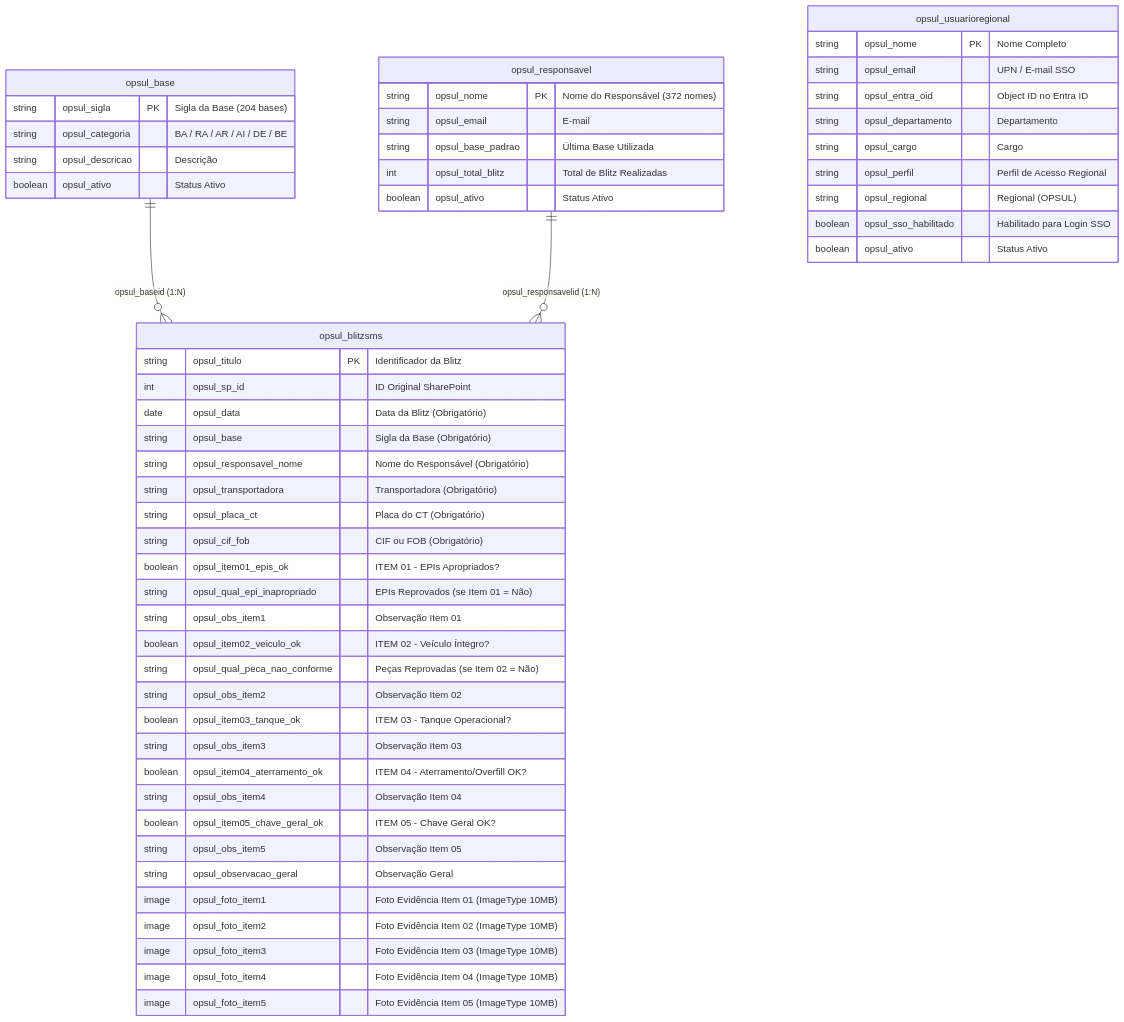
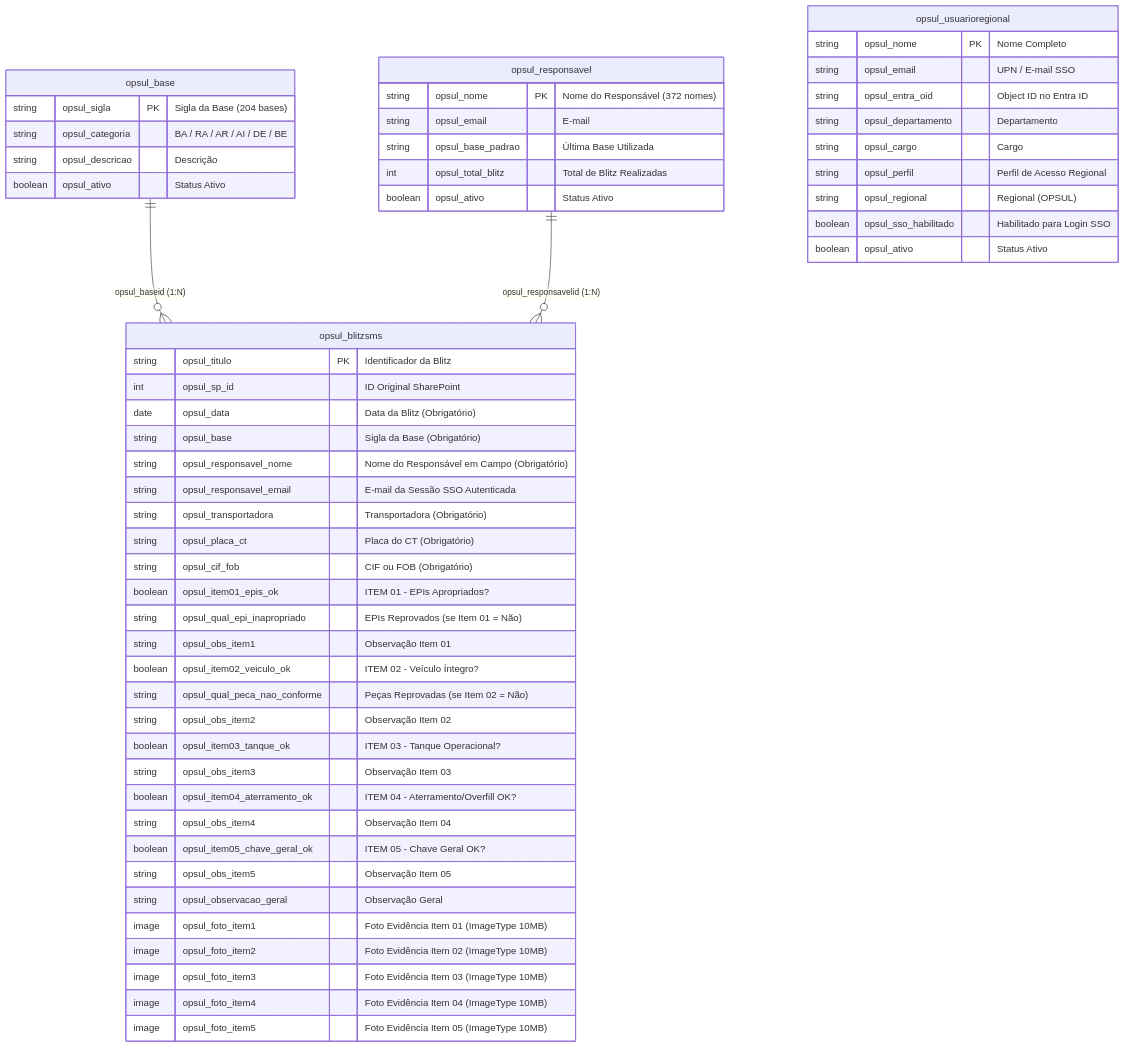
Before and after one commit to CRISTIANCARLOS/vibra-oper-opsul-blitz-sms: the diagram in docs/ARQUITETURA_E_MODELO_RELACIONAL.md, drawn with Mermaid. The commit also changed other lines of this file and 3 other files, not shown here.

````diff
--- a/docs/ARQUITETURA_E_MODELO_RELACIONAL.md
+++ b/docs/ARQUITETURA_E_MODELO_RELACIONAL.md
@@ -13,57 +13,58 @@
 ```mermaid
 erDiagram
     opsul_base ||--o{ opsul_blitzsms : "opsul_baseid (1:N)"
     opsul_responsavel ||--o{ opsul_blitzsms : "opsul_responsavelid (1:N)"
     opsul_usuarioregional {
         string opsul_nome PK "Nome Completo"
         string opsul_email "UPN / E-mail SSO"
         string opsul_entra_oid "Object ID no Entra ID"
         string opsul_departamento "Departamento"
         string opsul_cargo "Cargo"
         string opsul_perfil "Perfil de Acesso Regional"
         string opsul_regional "Regional (OPSUL)"
         boolean opsul_sso_habilitado "Habilitado para Login SSO"
         boolean opsul_ativo "Status Ativo"
     }
     opsul_base {
         string opsul_sigla PK "Sigla da Base (204 bases)"
         string opsul_categoria "BA / RA / AR / AI / DE / BE"
         string opsul_descricao "Descrição"
         boolean opsul_ativo "Status Ativo"
     }
     opsul_responsavel {
         string opsul_nome PK "Nome do Responsável (372 nomes)"
         string opsul_email "E-mail"
         string opsul_base_padrao "Última Base Utilizada"
         int opsul_total_blitz "Total de Blitz Realizadas"
         boolean opsul_ativo "Status Ativo"
     }
     opsul_blitzsms {
         string opsul_titulo PK "Identificador da Blitz"
         int opsul_sp_id "ID Original SharePoint"
         date opsul_data "Data da Blitz (Obrigatório)"
         string opsul_base "Sigla da Base (Obrigatório)"
-        string opsul_responsavel_nome "Nome do Responsável (Obrigatório)"
+        string opsul_responsavel_nome "Nome do Responsável em Campo (Obrigatório)"
+        string opsul_responsavel_email "E-mail da Sessão SSO Autenticada"
         string opsul_transportadora "Transportadora (Obrigatório)"
         string opsul_placa_ct "Placa do CT (Obrigatório)"
         string opsul_cif_fob "CIF ou FOB (Obrigatório)"
         boolean opsul_item01_epis_ok "ITEM 01 - EPIs Apropriados?"
         string opsul_qual_epi_inapropriado "EPIs Reprovados (se Item 01 = Não)"
         string opsul_obs_item1 "Observação Item 01"
         boolean opsul_item02_veiculo_ok "ITEM 02 - Veículo Íntegro?"
         string opsul_qual_peca_nao_conforme "Peças Reprovadas (se Item 02 = Não)"
         string opsul_obs_item2 "Observação Item 02"
         boolean opsul_item03_tanque_ok "ITEM 03 - Tanque Operacional?"
         string opsul_obs_item3 "Observação Item 03"
         boolean opsul_item04_aterramento_ok "ITEM 04 - Aterramento/Overfill OK?"
         string opsul_obs_item4 "Observação Item 04"
         boolean opsul_item05_chave_geral_ok "ITEM 05 - Chave Geral OK?"
         string opsul_obs_item5 "Observação Item 05"
         string opsul_observacao_geral "Observação Geral"
         image opsul_foto_item1 "Foto Evidência Item 01 (ImageType 10MB)"
         image opsul_foto_item2 "Foto Evidência Item 02 (ImageType 10MB)"
         image opsul_foto_item3 "Foto Evidência Item 03 (ImageType 10MB)"
         image opsul_foto_item4 "Foto Evidência Item 04 (ImageType 10MB)"
         image opsul_foto_item5 "Foto Evidência Item 05 (ImageType 10MB)"
     }
 ```
````
